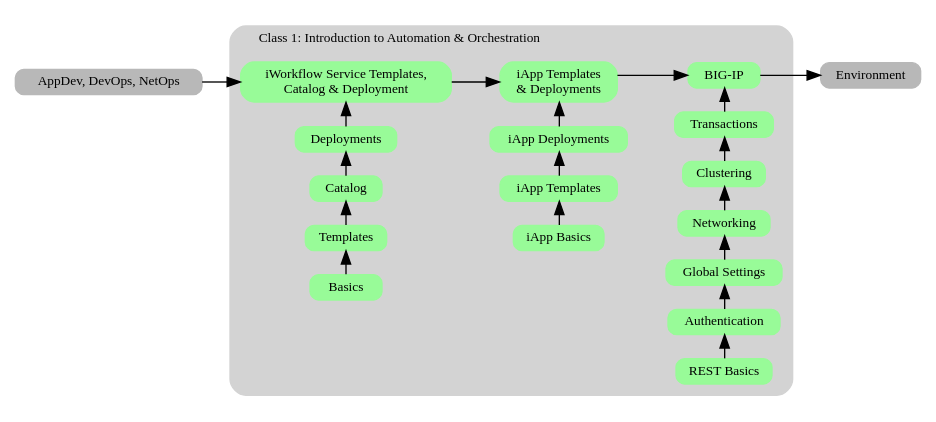
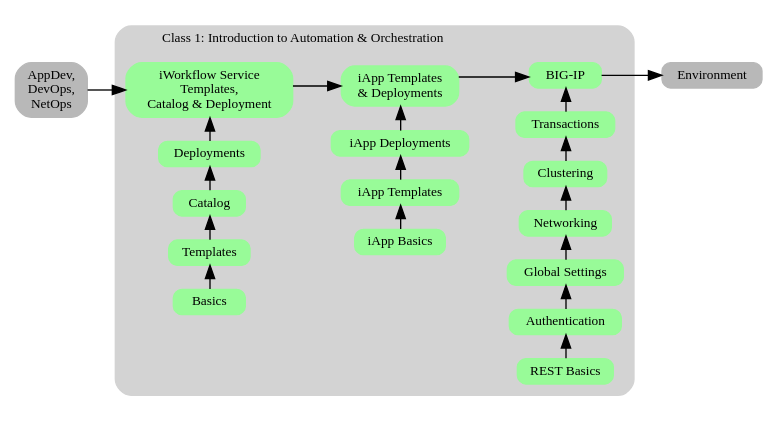
The diagram in docs/class1/conclusion.rst (f5devcentral/f5-automation-labs), drawn with Graphviz before and after one commit. The commit also changed other lines of this file and 20 other files, not shown here.

Commit message:
Improve quality of rendered images/graphs

```diff
--- a/docs/class1/conclusion.rst
+++ b/docs/class1/conclusion.rst
@@ -4,48 +4,47 @@
 .. graphviz::
 
    digraph breadcrumb {
         rankdir="LR"
         ranksep=.4
         splines=ortho
-        node [fontsize=10,style="rounded,filled",shape=box,color=palegreen,margin="0.05,0.05",height=0.1] 
-        fontname = "arial-bold" 
+        node [fontsize=10,style="rounded,filled",shape=box,color=palegreen,margin="0.05,0.05",height=0.1]
         fontsize = 10
         labeljust="l"
-        consumer [label="AppDev, DevOps, NetOps",color="gray72"]
+        consumer [label="AppDev,&#92;nDevOps,&#92;nNetOps",color="gray72"]
         environment [label="Environment",color="gray72"]
         subgraph cluster_class1 {
             style = "rounded,filled"
             color = lightgrey
             height = .75
             label = "Class 1: Introduction to Automation & Orchestration"
             bigip [label="BIG-IP"]
             iapps [label="iApp Templates&#92;n& Deployments"]
-            iwf [label="iWorkflow Service Templates,&#92;nCatalog & Deployment"] 
+            iwf [label="iWorkflow Service&#92;nTemplates,&#92;nCatalog & Deployment"]
             {
                 rank=same
                 rest_basics [label="REST Basics"]
                 authentication [label="Authentication"]
                 globalsettings [label="Global Settings"]
                 networking [label="Networking"]
                 clustering [label="Clustering"]
                 transactions [label="Transactions"]
                 rest_basics -> authentication -> globalsettings -> networking -> clustering -> transactions -> bigip
             }
-            {    
+            {
                 rank=same
                 iapp_basics [label="iApp Basics"]
                 iapp_templates [label="iApp Templates"]
                 iapp_deployments [label="iApp Deployments"]
                 iapp_basics -> iapp_templates -> iapp_deployments -> iapps
             }
             {
                 rank=same
                 onboarding [label="Basics"]
                 templates [label="Templates"]
                 catalog [label="Catalog"]
                 deployments [label="Deployments"]
-                onboarding -> templates -> catalog -> deployments -> iwf             
-            } 
+                onboarding -> templates -> catalog -> deployments -> iwf
+            }
         }
         consumer -> iwf -> iapps -> bigip -> environment
    }
```
